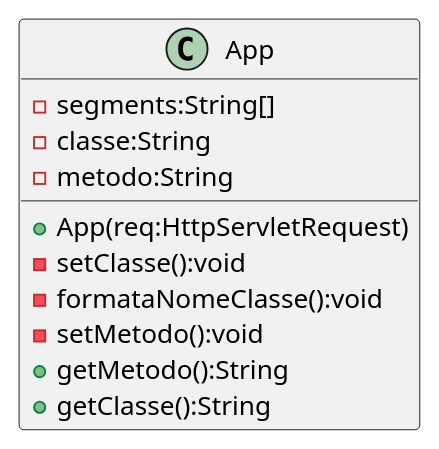
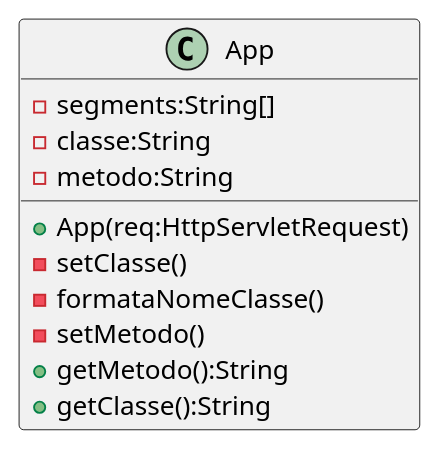
Before and after one commit to joseguilhermeromano/UFABC: the diagram in src/main/java/br/com/ifsp/lds/controller/App.puml, drawn with PlantUML. The commit also changed 13 other files, not shown here.

```diff
--- a/src/main/java/br/com/ifsp/lds/controller/App.puml
+++ b/src/main/java/br/com/ifsp/lds/controller/App.puml
@@ -1,20 +1,20 @@
 @startuml
 
 
 class App {
     
     -segments:String[]
     -classe:String
     -metodo:String
     
     
     +App(req:HttpServletRequest)
-    -setClasse():void
-    -formataNomeClasse():void
-    -setMetodo():void
+    -setClasse()
+    -formataNomeClasse()
+    -setMetodo()
     +getMetodo():String
     +getClasse():String 
 
 }
 
 @enduml
```
